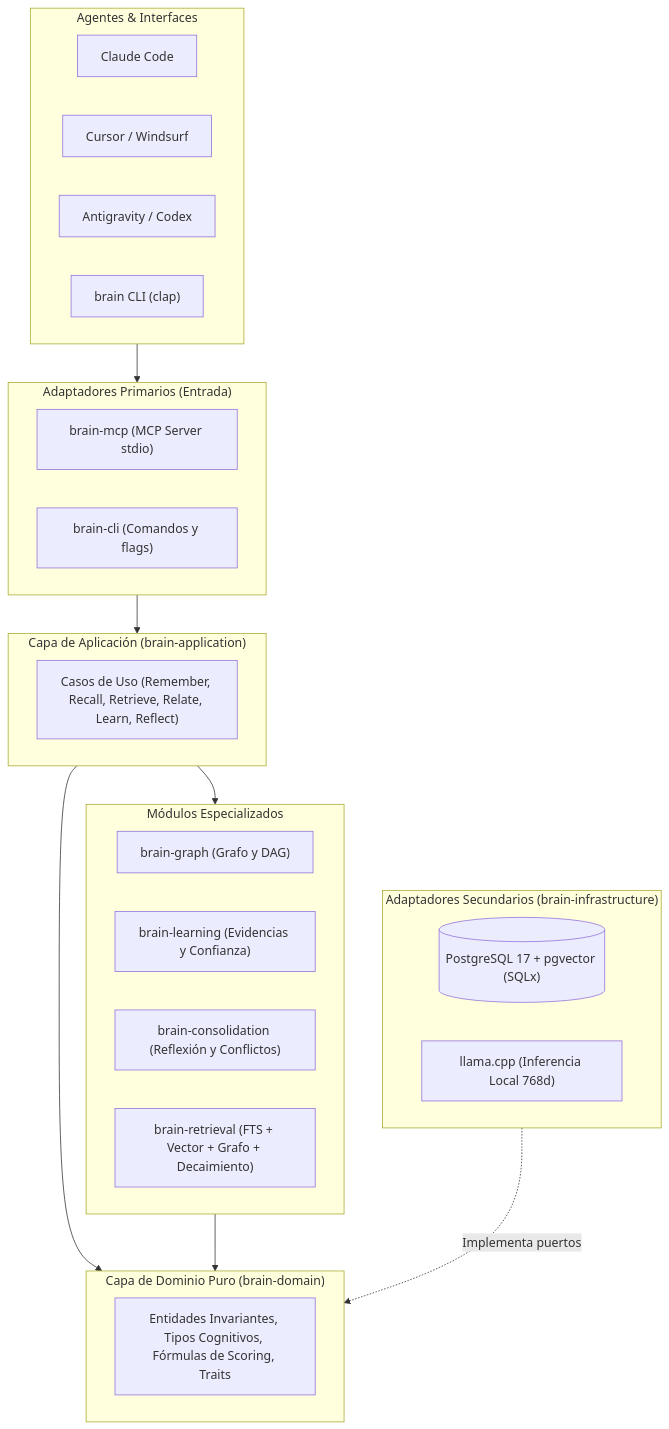
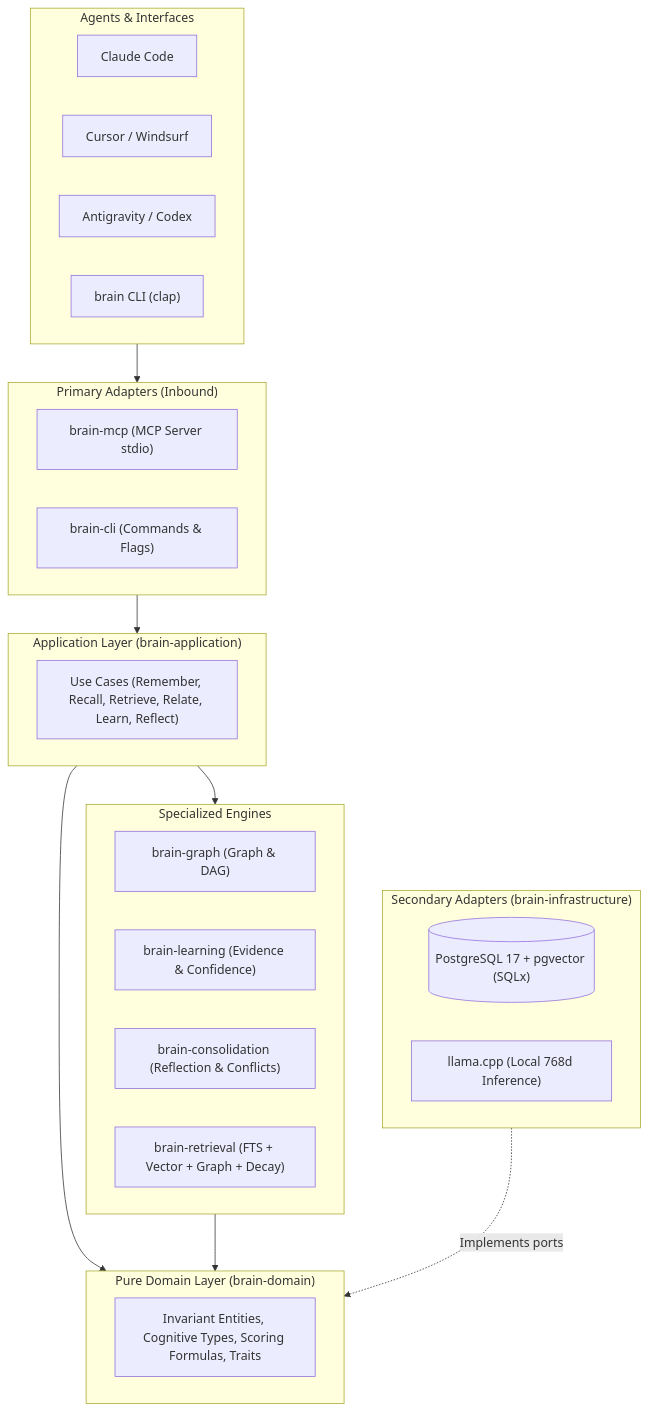
The diagram in README.md (guty3rrez/local-brain), drawn with Mermaid before and after one commit. The commit also changed other lines of this file and 17 other files, not shown here.

````diff
--- a/README.md
+++ b/README.md
@@ -282,41 +284,41 @@
 ```mermaid
 flowchart TD
-    subgraph Clients["Agentes & Interfaces"]
+    subgraph Clients["Agents & Interfaces"]
         CC["Claude Code"]
         CU["Cursor / Windsurf"]
         AG["Antigravity / Codex"]
         CLI["brain CLI (clap)"]
     end
 
-    subgraph Entrypoints["Adaptadores Primarios (Entrada)"]
+    subgraph Entrypoints["Primary Adapters (Inbound)"]
         MCP["brain-mcp (MCP Server stdio)"]
-        CMD["brain-cli (Comandos y flags)"]
+        CMD["brain-cli (Commands & Flags)"]
     end
 
-    subgraph Application["Capa de Aplicación (brain-application)"]
-        UC["Casos de Uso (Remember, Recall, Retrieve, Relate, Learn, Reflect)"]
+    subgraph Application["Application Layer (brain-application)"]
+        UC["Use Cases (Remember, Recall, Retrieve, Relate, Learn, Reflect)"]
     end
 
-    subgraph Domain["Capa de Dominio Puro (brain-domain)"]
-        DOM["Entidades Invariantes, Tipos Cognitivos, Fórmulas de Scoring, Traits"]
+    subgraph Domain["Pure Domain Layer (brain-domain)"]
+        DOM["Invariant Entities, Cognitive Types, Scoring Formulas, Traits"]
     end
 
-    subgraph SpecializedCrates["Módulos Especializados"]
-        GRA["brain-graph (Grafo y DAG)"]
-        LEA["brain-learning (Evidencias y Confianza)"]
-        CON["brain-consolidation (Reflexión y Conflictos)"]
-        RET["brain-retrieval (FTS + Vector + Grafo + Decaimiento)"]
+    subgraph SpecializedCrates["Specialized Engines"]
+        GRA["brain-graph (Graph & DAG)"]
+        LEA["brain-learning (Evidence & Confidence)"]
+        CON["brain-consolidation (Reflection & Conflicts)"]
+        RET["brain-retrieval (FTS + Vector + Graph + Decay)"]
     end
 
-    subgraph Infrastructure["Adaptadores Secundarios (brain-infrastructure)"]
+    subgraph Infrastructure["Secondary Adapters (brain-infrastructure)"]
         PG[("PostgreSQL 17 + pgvector (SQLx)")]
-        LLM["llama.cpp (Inferencia Local 768d)"]
+        LLM["llama.cpp (Local 768d Inference)"]
     end
 
     Clients --> Entrypoints
     Entrypoints --> Application
     Application --> Domain
     Application --> SpecializedCrates
     SpecializedCrates --> Domain
-    Infrastructure -.->|Implementa puertos| Domain
+    Infrastructure -.->|Implements ports| Domain
 ```
````
